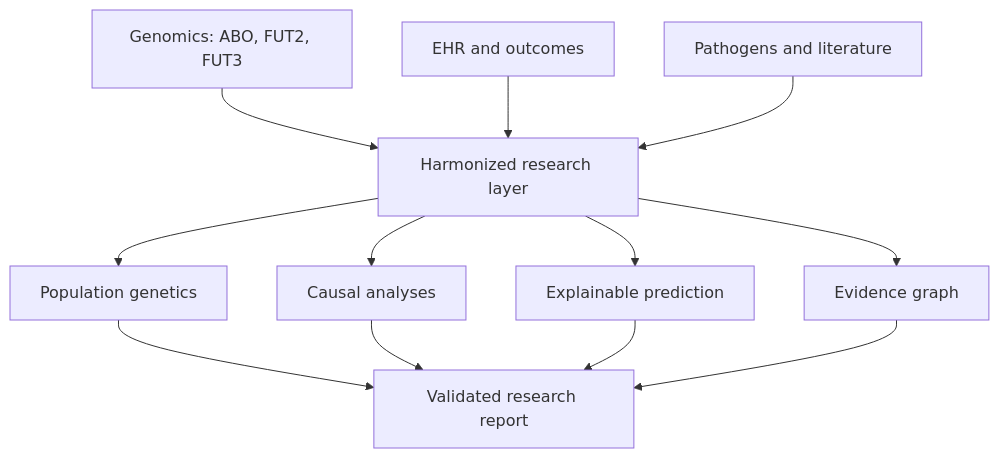
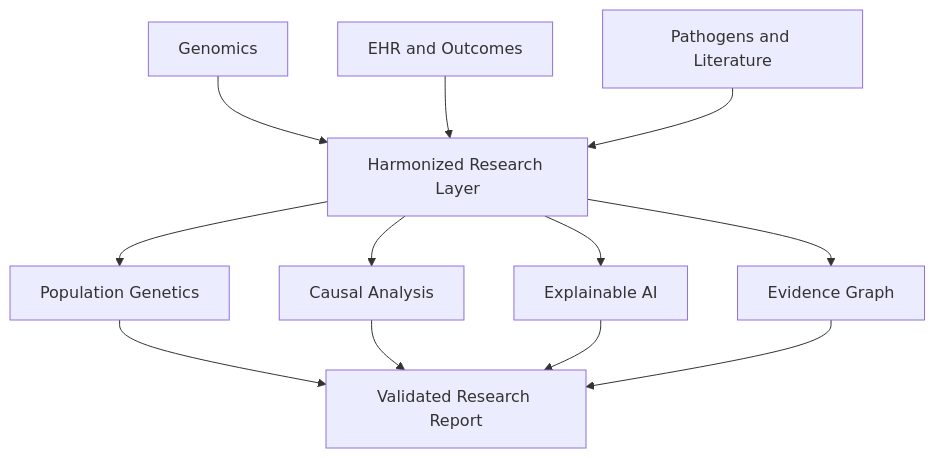
Before and after one commit to mtariqi/abo-evohealth-ai: the diagram in README.md, drawn with Mermaid.

Commit message:
Fix README architecture diagram rendering

````diff
--- a/README.md
+++ b/README.md
@@ -32,14 +32,14 @@
 ```mermaid
-flowchart TD
-    A["Genomics: ABO, FUT2, FUT3"] --> D["Harmonized research layer"]
-    B["EHR and outcomes"] --> D
-    C["Pathogens and literature"] --> D
-    D --> E["Population genetics"]
-    D --> F["Causal analyses"]
-    D --> G["Explainable prediction"]
-    D --> H["Evidence graph"]
-    E --> I["Validated research report"]
+graph TD
+    A[Genomics] --> D[Harmonized Research Layer]
+    B[EHR and Outcomes] --> D
+    C[Pathogens and Literature] --> D
+    D --> E[Population Genetics]
+    D --> F[Causal Analysis]
+    D --> G[Explainable AI]
+    D --> H[Evidence Graph]
+    E --> I[Validated Research Report]
     F --> I
     G --> I
     H --> I
 ```
````
